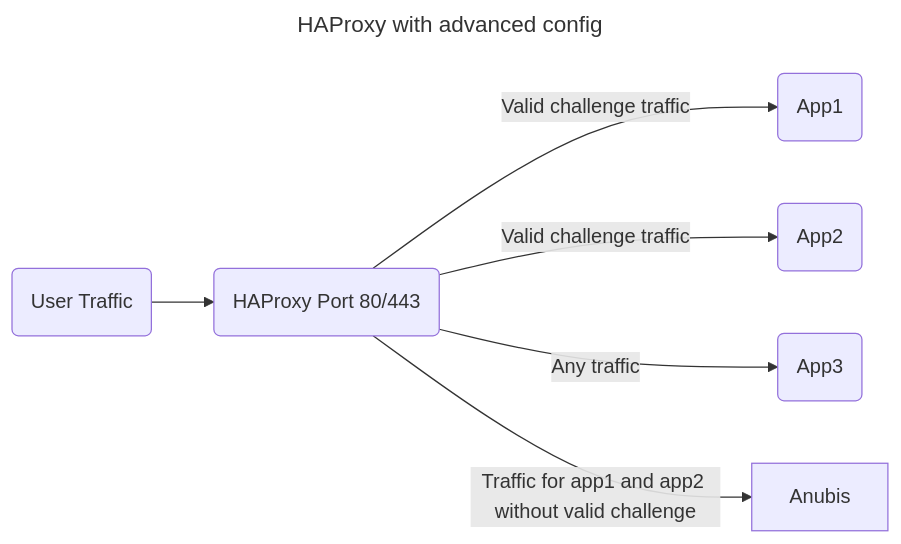
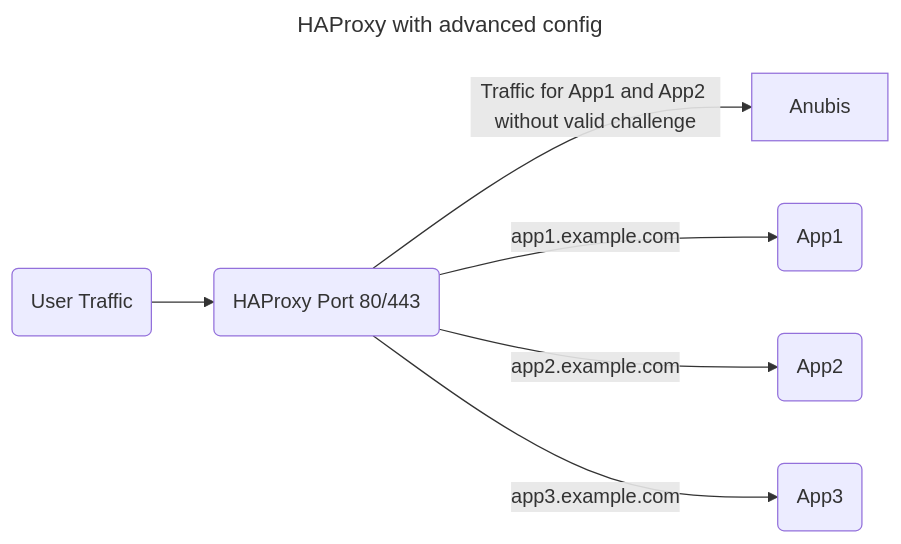
Before and after one commit to Earl0fPudding/anubis: the second of 2 diagrams in docs/docs/admin/environments/haproxy.mdx, drawn with Mermaid. The commit also changed other lines of this file and 3 other files, not shown here.

````diff
--- a/docs/docs/admin/environments/haproxy.mdx
+++ b/docs/docs/admin/environments/haproxy.mdx
@@ -76,19 +47,19 @@
 ```mermaid
 ---
 title: HAProxy with advanced config
 ---
 
 flowchart LR
     T(User Traffic)
     HAProxy(HAProxy Port 80/443)
     B1(App1)
     B2(App2)
     B3(App3)
     Anubis
 
     T --> HAProxy
-    HAProxy --> |Valid challenge traffic| B1
-    HAProxy --> |Valid challenge traffic| B2
-    HAProxy --> |Any traffic| B3
-    HAProxy --> | Traffic for app1 and app2 without valid challenge| Anubis
+    HAProxy --> |Traffic for App1 and App2 without valid challenge| Anubis
+    HAProxy --> |app1.example.com | B1
+    HAProxy --> |app2.example.com| B2
+    HAProxy --> |app3.example.com| B3
 ```
````
